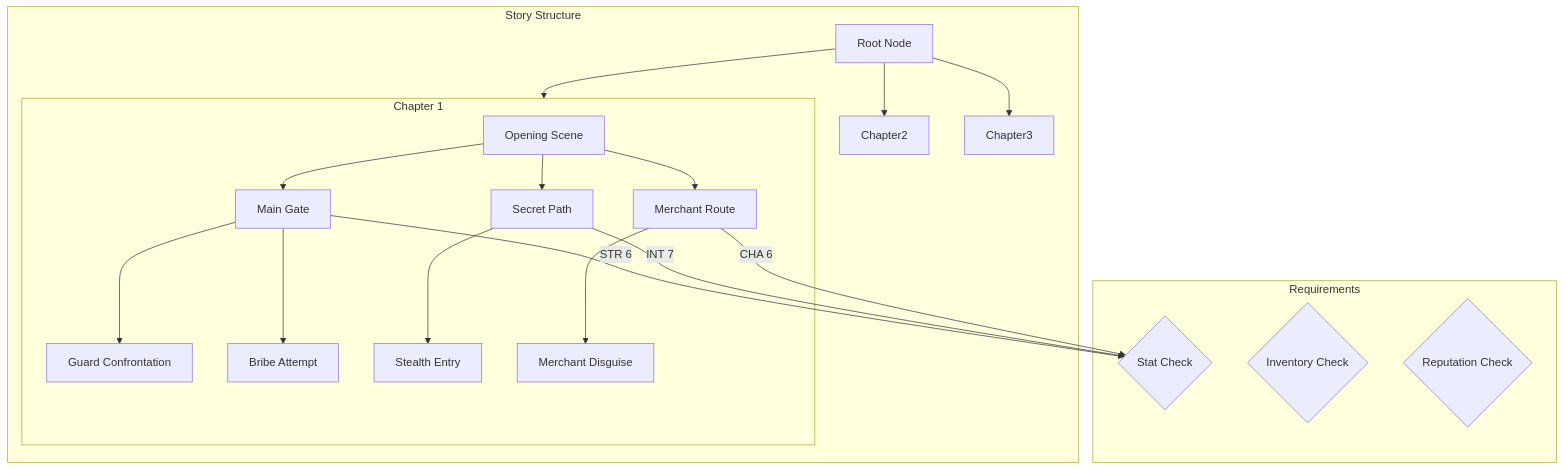
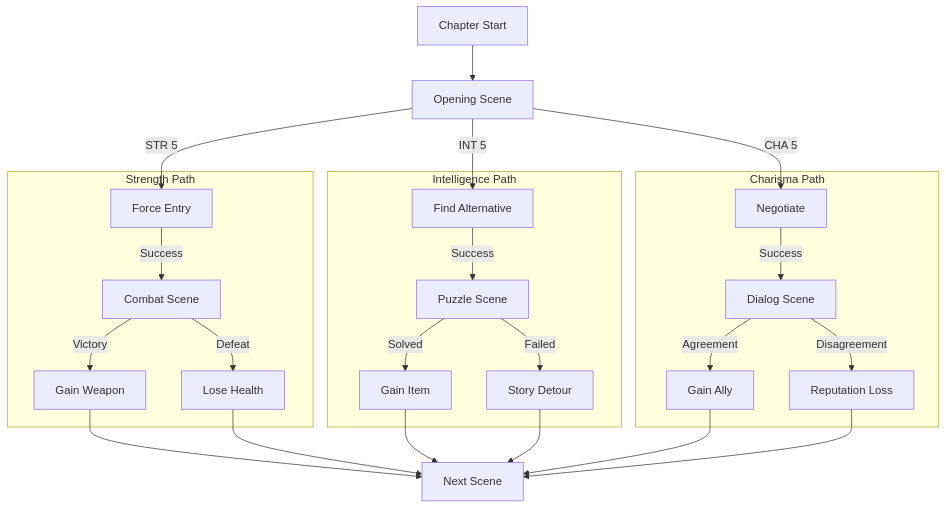
Before and after one commit to ProfetGit/rpg_game: the third of 3 diagrams in README.md, drawn with Mermaid. The commit also changed other lines of this file and 137 other files, not shown here.

````diff
--- a/README.md
+++ b/README.md
@@ -151,29 +90,33 @@
 ```mermaid
 graph TD
-    subgraph Story Structure
-        Root[Root Node] --> Chapter1
-        Root --> Chapter2
-        Root --> Chapter3
-        
-        subgraph Chapter1 [Chapter 1]
-            Scene1[Opening Scene] --> Choice1A[Main Gate]
-            Scene1 --> Choice1B[Secret Path]
-            Scene1 --> Choice1C[Merchant Route]
-            
-            Choice1A --> Outcome1A[Guard Confrontation]
-            Choice1A --> Outcome1B[Bribe Attempt]
-            Choice1B --> Outcome1C[Stealth Entry]
-            Choice1C --> Outcome1D[Merchant Disguise]
-        end
+    Start[Chapter Start] --> Scene1[Opening Scene]
+    
+    Scene1 --> |STR 5|Choice1A[Force Entry]
+    Scene1 --> |INT 5|Choice1B[Find Alternative]
+    Scene1 --> |CHA 5|Choice1C[Negotiate]
+    
+    subgraph Strength Path
+        Choice1A --> |Success|Combat[Combat Scene]
+        Combat --> |Victory|Reward1[Gain Weapon]
+        Combat --> |Defeat|Penalty1[Lose Health]
     end
     
-    subgraph Requirements
-        StatCheck{Stat Check}
-        InventoryCheck{Inventory Check}
-        ReputationCheck{Reputation Check}
+    subgraph Intelligence Path
+        Choice1B --> |Success|Puzzle[Puzzle Scene]
+        Puzzle --> |Solved|Reward2[Gain Item]
+        Puzzle --> |Failed|Penalty2[Story Detour]
     end
     
-    Choice1A -->|STR 6| StatCheck
-    Choice1B -->|INT 7| StatCheck
-    Choice1C -->|CHA 6| StatCheck
+    subgraph Charisma Path
+        Choice1C --> |Success|Dialog[Dialog Scene]
+        Dialog --> |Agreement|Reward3[Gain Ally]
+        Dialog --> |Disagreement|Penalty3[Reputation Loss]
+    end
+    
+    Reward1 --> NextScene[Next Scene]
+    Penalty1 --> NextScene
+    Reward2 --> NextScene
+    Penalty2 --> NextScene
+    Reward3 --> NextScene
+    Penalty3 --> NextScene
 ```
````
